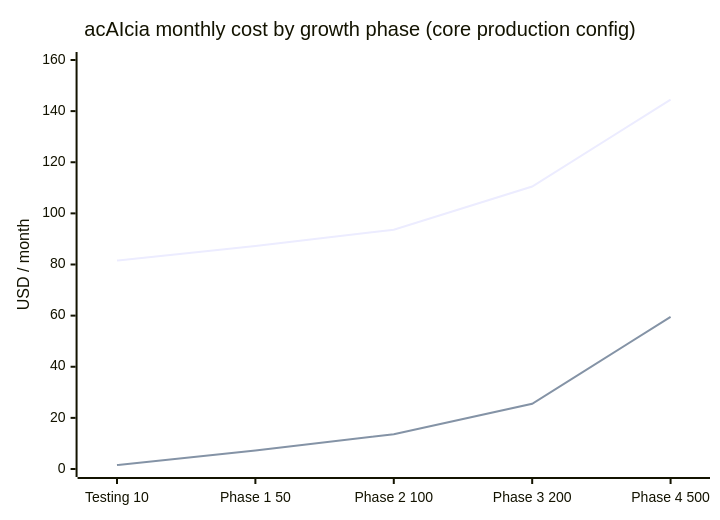
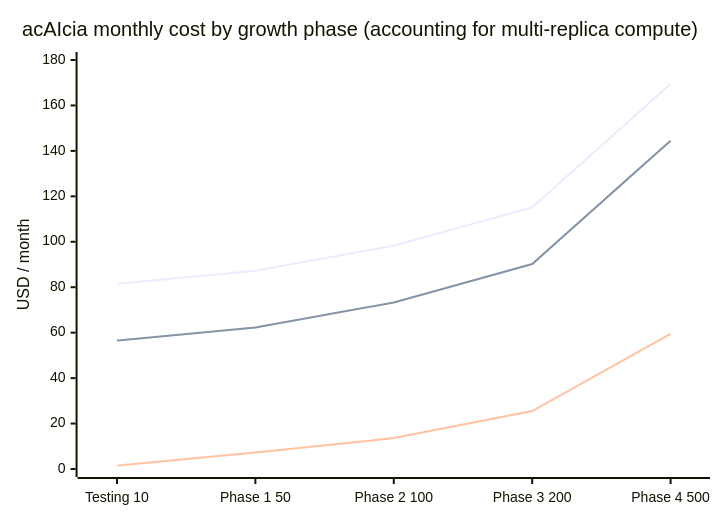
Before and after one commit to BongweKE/acAIcia: the second of 4 diagrams in docs/cost_model.md, drawn with Mermaid. The commit also changed other lines of this file and 14 other files, not shown here.

````diff
--- a/docs/cost_model.md
+++ b/docs/cost_model.md
@@ -138,8 +147,9 @@
 ```mermaid
 xychart-beta
-    title "acAIcia monthly cost by growth phase (core production config)"
+    title "acAIcia monthly cost by growth phase (accounting for multi-replica compute)"
     x-axis ["Testing 10", "Phase 1 50", "Phase 2 100", "Phase 3 200", "Phase 4 500"]
-    y-axis "USD / month" 0 --> 160
-    line "Total" [81.52, 87.22, 93.59, 110.49, 144.49]
+    y-axis "USD / month" 0 --> 180
+    line "Total (with Team Seat)" [81.52, 87.22, 98.29, 115.19, 169.49]
+    line "Total (Pay-As-You-Go API)" [56.53, 62.23, 73.30, 90.20, 144.50]
     line "Mistral inference only" [1.53, 7.23, 13.60, 25.50, 59.50]
 ```
````
